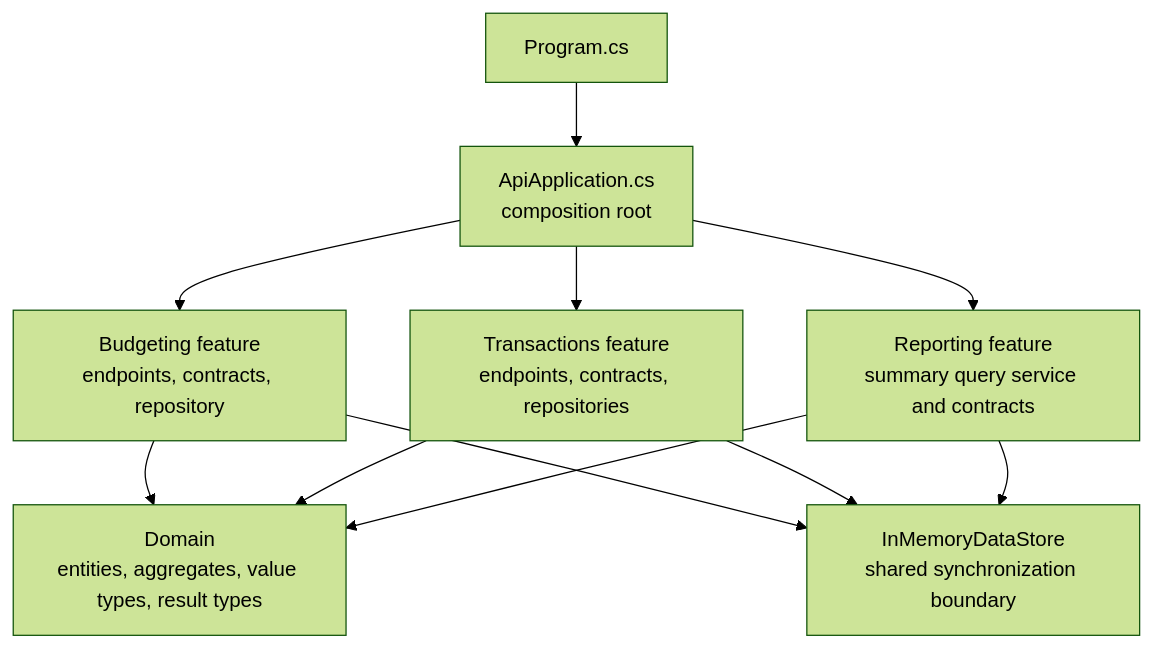
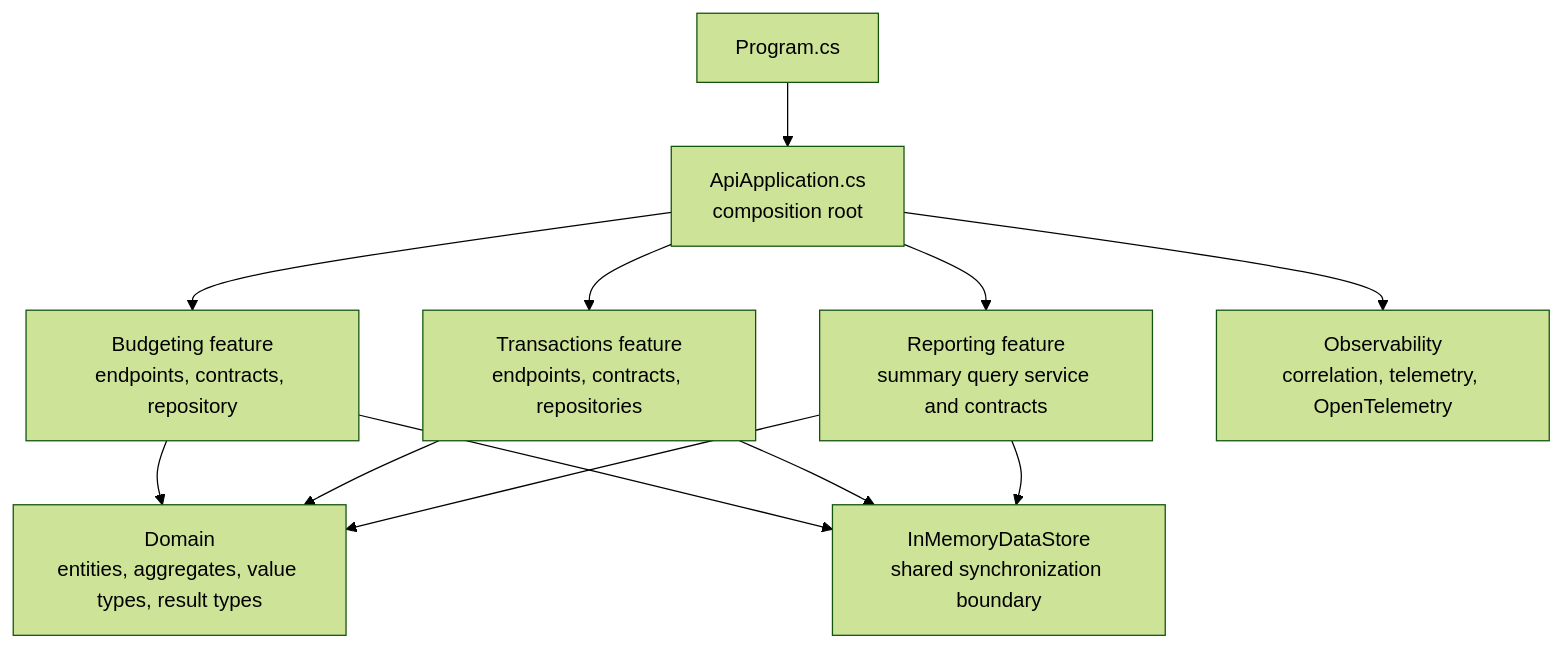
The third of 5 diagrams in docs/architecture.md (kierondye/BudgetyTzar), drawn with Mermaid (forest theme) before and after one commit. The commit also changed other lines of this file and 14 other files, not shown here.

````diff
--- a/docs/architecture.md
+++ b/docs/architecture.md
@@ -58,21 +58,23 @@
 ```mermaid
 flowchart TB
     program["Program.cs"]
     composition["ApiApplication.cs<br/>composition root"]
     budget["Budgeting feature<br/>endpoints, contracts, repository"]
     transaction["Transactions feature<br/>endpoints, contracts, repositories"]
     reporting["Reporting feature<br/>summary query service and contracts"]
+    observability["Observability<br/>correlation, telemetry, OpenTelemetry"]
     domain["Domain<br/>entities, aggregates, value types, result types"]
     store["InMemoryDataStore<br/>shared synchronization boundary"]
 
     program --> composition
     composition --> budget
     composition --> transaction
     composition --> reporting
+    composition --> observability
     budget --> domain
     transaction --> domain
     reporting --> domain
     budget --> store
     transaction --> store
     reporting --> store
 ```
````
